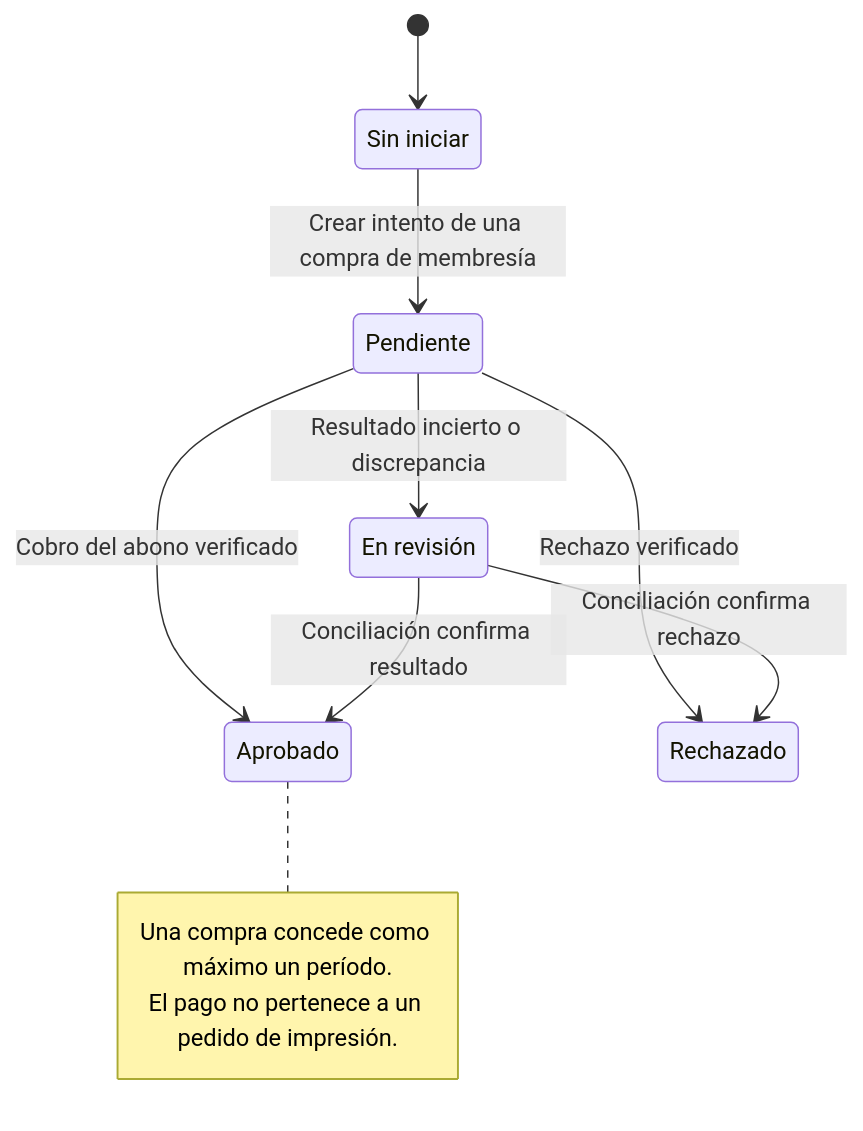
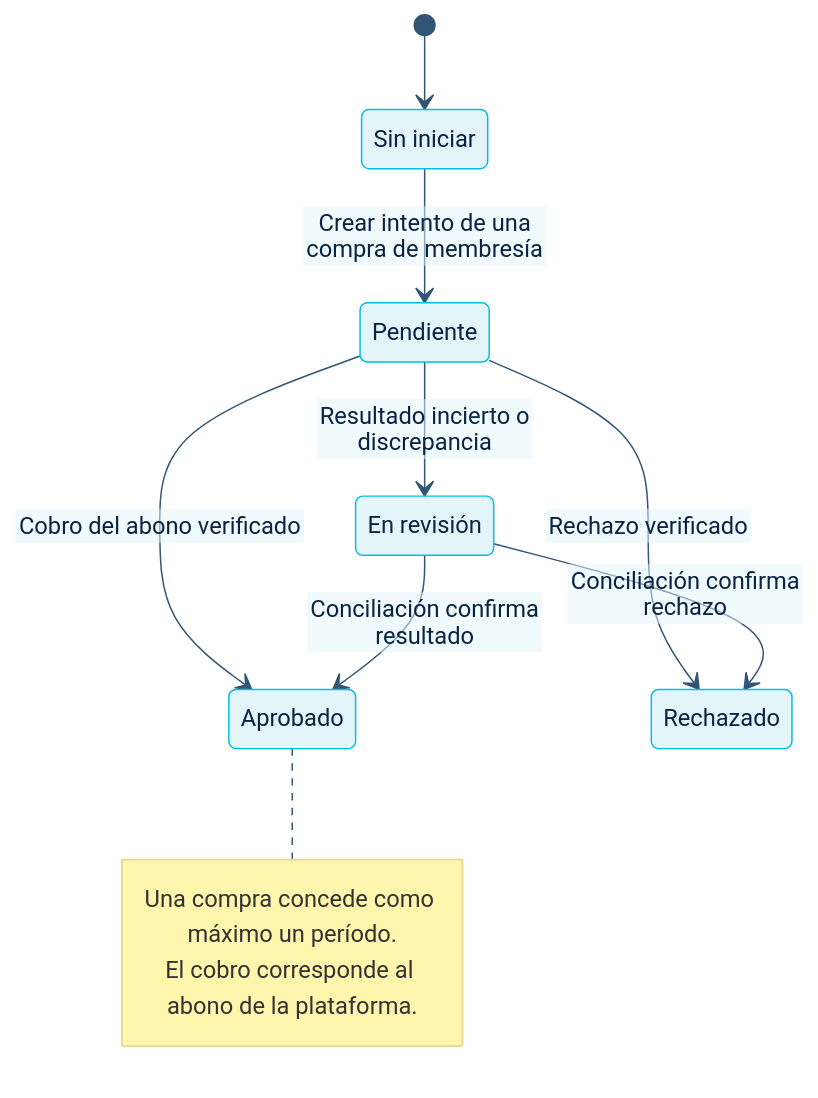
Before and after one commit to chill0101/3daltoque-docs: the ninth of 12 diagrams in src/content/docs/flujos/estados.md, drawn with Mermaid. The commit also changed other lines of this file and 145 other files, not shown here.

````diff
--- a/src/content/docs/flujos/estados.md
+++ b/src/content/docs/flujos/estados.md
@@ -316,21 +291,21 @@
 ```mermaid
+%%{init: {"theme":"base","themeVariables":{"primaryColor":"#E4F5FA","primaryTextColor":"#082345","primaryBorderColor":"#00BFE5","lineColor":"#315574","secondaryColor":"#F5F8FC","tertiaryColor":"#FFFFFF","fontFamily":"Manrope, sans-serif"},"flowchart":{"htmlLabels":false},"class":{"htmlLabels":false}}}%%
 stateDiagram-v2
   direction TB
   state "Sin iniciar" as sin_iniciar
   state "Pendiente" as pendiente
   state "Aprobado" as aprobado
   state "Rechazado" as rechazado
   state "En revisión" as revision
   [*] --> sin_iniciar
   sin_iniciar --> pendiente: Crear intento de una compra de membresía
   pendiente --> aprobado: Cobro del abono verificado
   pendiente --> rechazado: Rechazo verificado
   pendiente --> revision: Resultado incierto o discrepancia
   revision --> aprobado: Conciliación confirma resultado
   revision --> rechazado: Conciliación confirma rechazo
   note right of aprobado
     Una compra concede como máximo un período.
-    El pago no pertenece a un pedido de impresión.
+    El cobro corresponde al abono de la plataforma.
   end note
-
 ```
````
